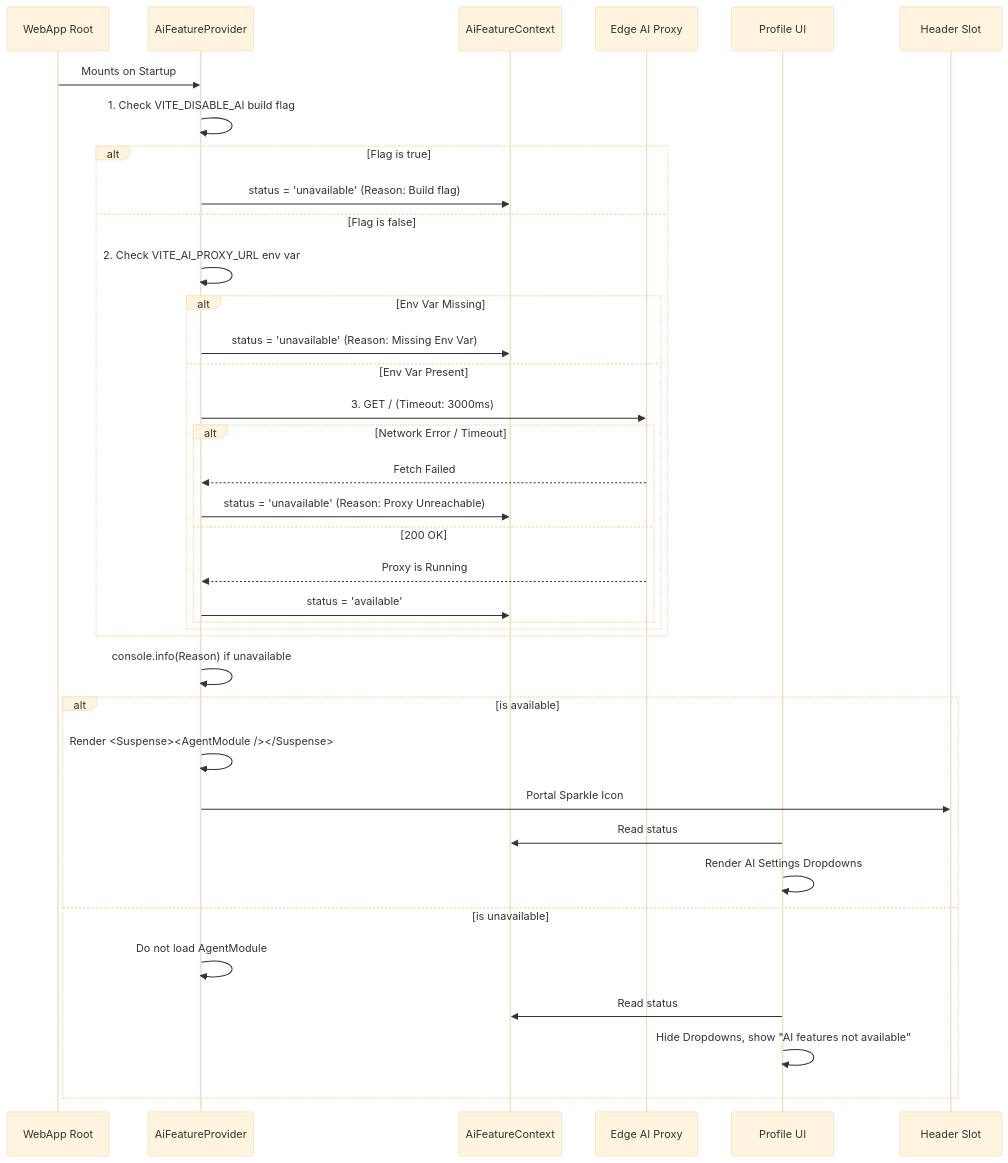
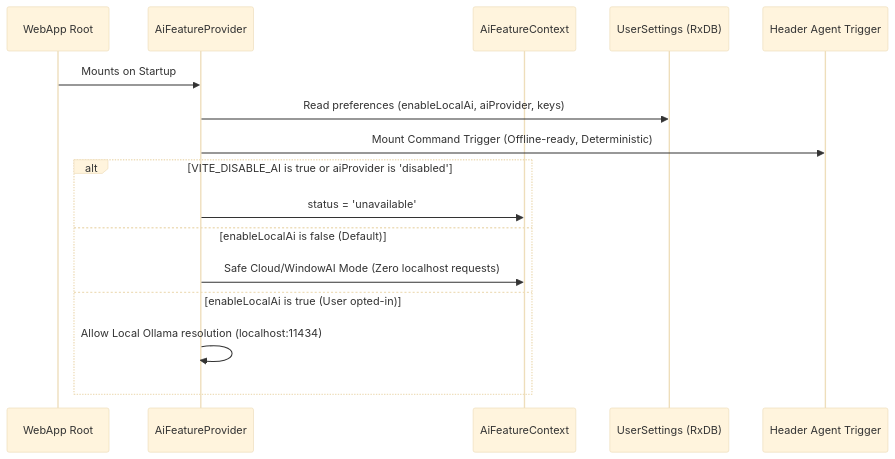
Before and after one commit to qozara/Quozen: the diagram in docs/architecture/ai-preflight-checks.md, drawn with Mermaid (base theme). The commit also changed other lines of this file and 53 other files, not shown here.

First line of the commit message:
Feature/deterministic command parser closes #66

````diff
--- a/docs/architecture/ai-preflight-checks.md
+++ b/docs/architecture/ai-preflight-checks.md
@@ -5,42 +17,23 @@
 ```mermaid
 sequenceDiagram
     participant App as WebApp Root
     participant Provider as AiFeatureProvider
     participant Context as AiFeatureContext
-    participant Proxy as Edge AI Proxy
-    participant Profile as Profile UI
-    participant Header as Header Slot
+    participant Settings as UserSettings (RxDB)
+    participant Header as Header Agent Trigger
 
     App->>Provider: Mounts on Startup
-    Provider->>Provider: 1. Check VITE_DISABLE_AI build flag
-    alt Flag is true
-        Provider->>Context: status = 'unavailable' (Reason: Build flag)
-    else Flag is false
-        Provider->>Provider: 2. Check VITE_AI_PROXY_URL env var
-        alt Env Var Missing
-            Provider->>Context: status = 'unavailable' (Reason: Missing Env Var)
-        else Env Var Present
-            Provider->>Proxy: 3. GET / (Timeout: 3000ms)
-            alt Network Error / Timeout
-                Proxy-->>Provider: Fetch Failed
-                Provider->>Context: status = 'unavailable' (Reason: Proxy Unreachable)
-            else 200 OK
-                Proxy-->>Provider: Proxy is Running
-                Provider->>Context: status = 'available'
-            end
-        end
-    end
-
-    Provider->>Provider: console.info(Reason) if unavailable
-
-    alt is available
-        Provider->>Provider: Render <Suspense><AgentModule /></Suspense>
-        Provider->>Header: Portal Sparkle Icon
-        Profile->>Context: Read status
-        Profile->>Profile: Render AI Settings Dropdowns
-    else is unavailable
-        Provider->>Provider: Do not load AgentModule
-        Profile->>Context: Read status
-        Profile->>Profile: Hide Dropdowns, show "AI features not available"
+    Provider->>Settings: Read preferences (enableLocalAi, aiProvider, keys)
+    
+    %% Deterministic command bar is ALWAYS available
+    Provider->>Header: Mount Command Trigger (Offline-ready, Deterministic)
+    
+    %% Optional AI Escalation Readiness Check
+    alt VITE_DISABLE_AI is true or aiProvider is 'disabled'
+        Provider->>Context: status = 'unavailable'
+    else enableLocalAi is false (Default)
+        Provider->>Context: Safe Cloud/WindowAI Mode (Zero localhost requests)
+    else enableLocalAi is true (User opted-in)
+        Provider->>Provider: Allow Local Ollama resolution (localhost:11434)
     end
 ```
````
